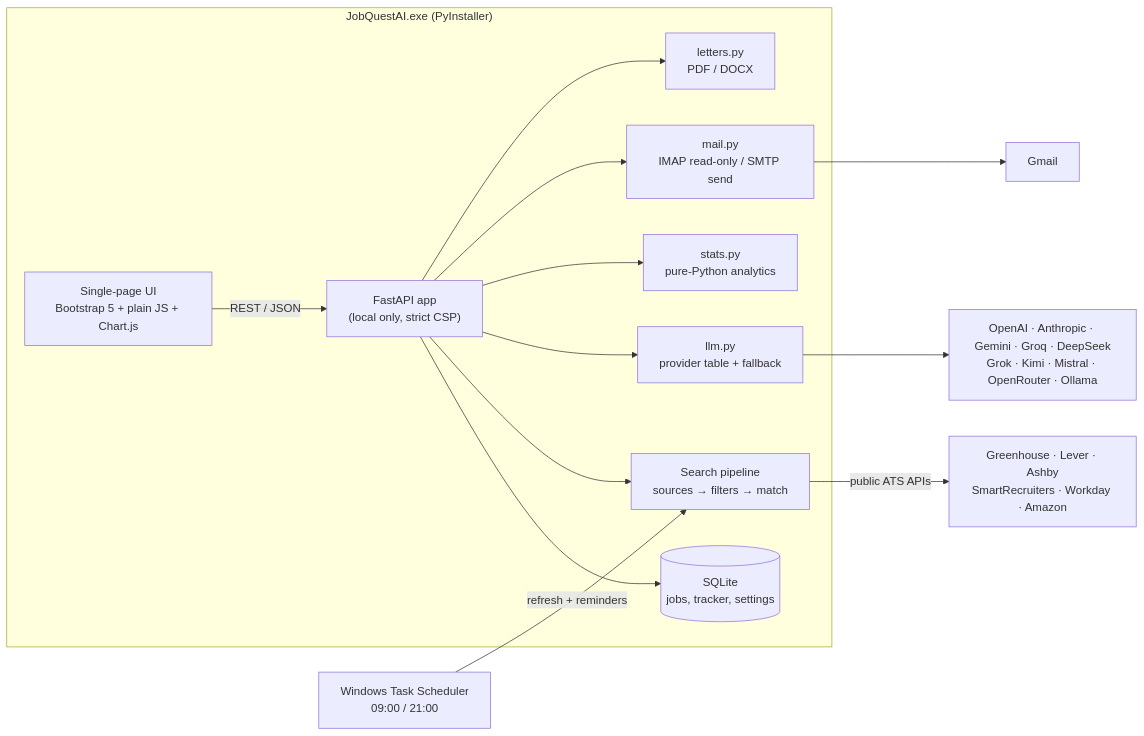
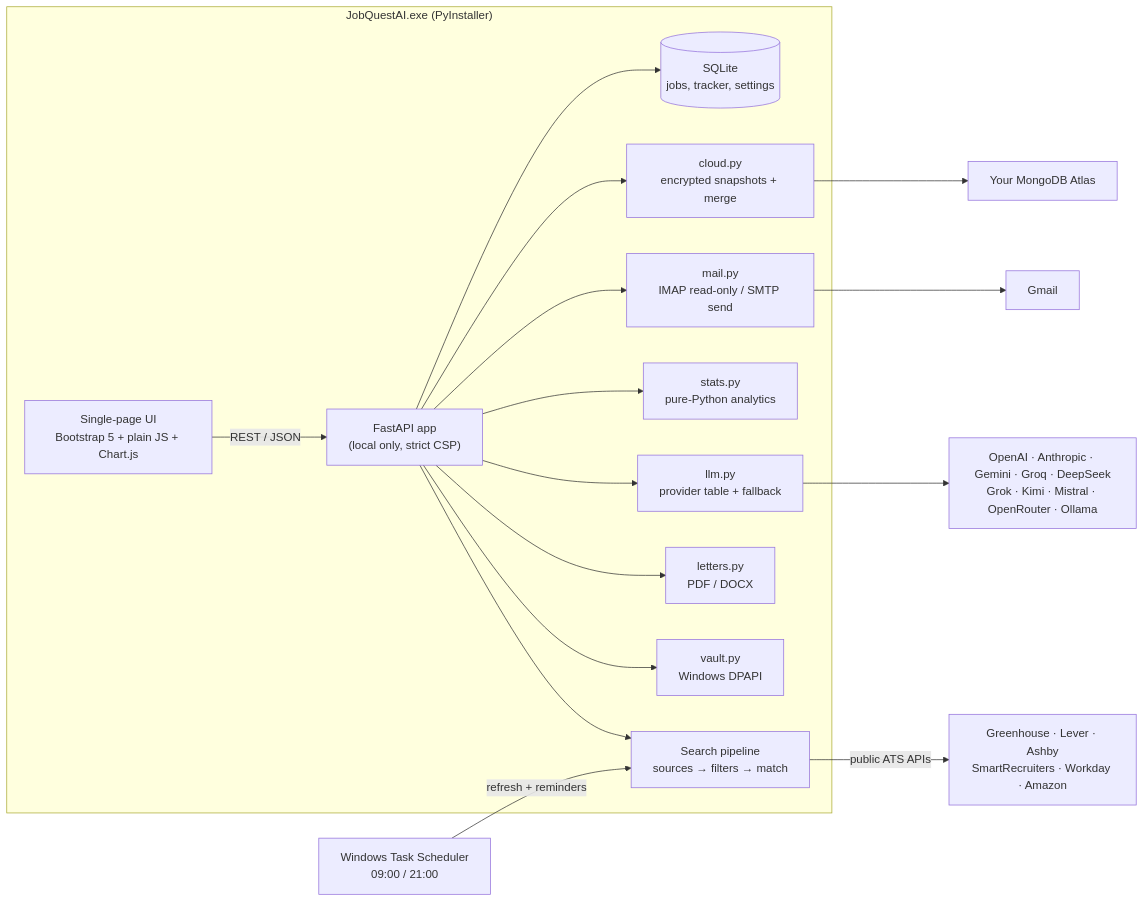
One commit to striderzz/JobQuest.AI changed the first of 2 diagrams in README.md. Above: the diagram before and after it, drawn with Mermaid. The commit also changed other lines of this file and 67 other files, not shown here.

````diff
--- a/README.md
+++ b/README.md
@@ -99,16 +146,19 @@
 ```mermaid
 flowchart LR
   subgraph Desktop["JobQuestAI.exe (PyInstaller)"]
     UI["Single-page UI<br/>Bootstrap 5 + plain JS + Chart.js"] -->|REST / JSON| API["FastAPI app<br/>(local only, strict CSP)"]
     API --> DB[("SQLite<br/>jobs, tracker, settings")]
     API --> PIPE["Search pipeline<br/>sources → filters → match"]
     API --> LLM["llm.py<br/>provider table + fallback"]
     API --> STATS["stats.py<br/>pure-Python analytics"]
     API --> MAIL["mail.py<br/>IMAP read-only / SMTP send"]
     API --> LET["letters.py<br/>PDF / DOCX"]
+    API --> VAULT["vault.py<br/>Windows DPAPI"]
+    API --> CLOUD["cloud.py<br/>encrypted snapshots + merge"]
   end
+  CLOUD --> ATLAS["Your MongoDB Atlas"]
   PIPE -->|public ATS APIs| BOARDS["Greenhouse · Lever · Ashby<br/>SmartRecruiters · Workday · Amazon"]
   LLM --> PROVIDERS["OpenAI · Anthropic · Gemini · Groq · DeepSeek<br/>Grok · Kimi · Mistral · OpenRouter · Ollama"]
   MAIL --> GMAIL["Gmail"]
   SCHED["Windows Task Scheduler<br/>09:00 / 21:00"] -->|refresh + reminders| PIPE
 ```
````
